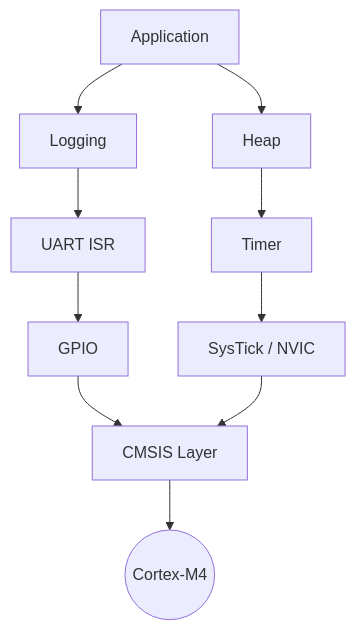
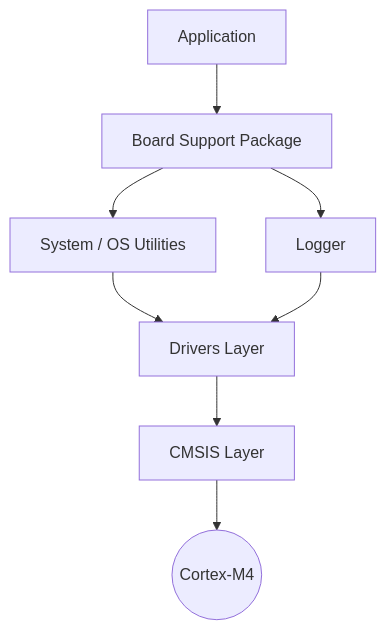
Before and after one commit to ayushgupta-15/bare-metal-firmware-platform: the first of 6 diagrams in README.md, drawn with Mermaid. The commit also changed other lines of this file and 1 other file, not shown here.

Commit message:
docs: Polish README with hero banner and architectural enhancements

````diff
--- a/README.md
+++ b/README.md
@@ -11,12 +74,10 @@
 ```mermaid
 graph TD
-    App[Application] --> Logging
-    App --> Heap
-    Logging --> UARTISR[UART ISR]
-    Heap --> Timer
-    UARTISR --> GPIO
-    Timer --> Systick[SysTick / NVIC]
-    GPIO --> CMSIS[CMSIS Layer]
-    Systick --> CMSIS
+    App[Application] --> BSP[Board Support Package]
+    BSP --> Sys[System / OS Utilities]
+    BSP --> Log[Logger]
+    Sys --> Drivers[Drivers Layer]
+    Log --> Drivers
+    Drivers --> CMSIS[CMSIS Layer]
     CMSIS --> Hardware((Cortex-M4))
 ```
````
